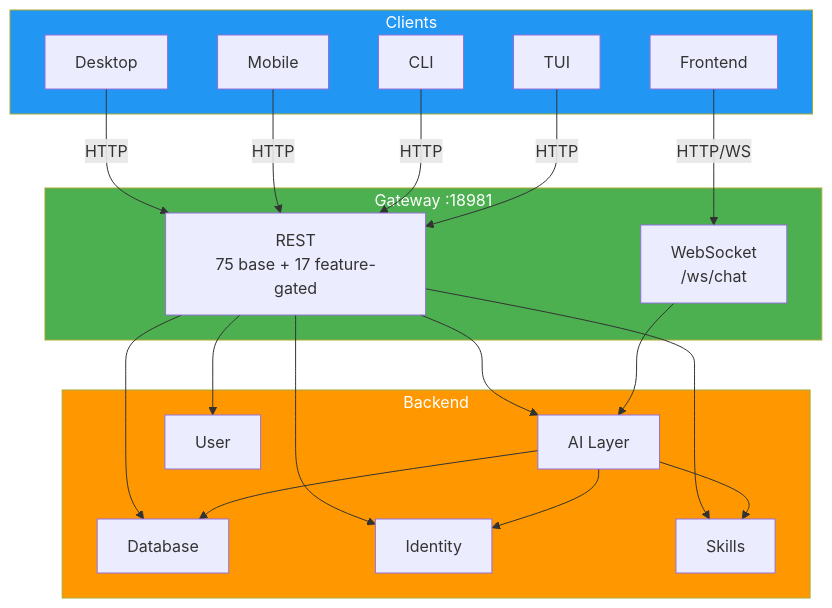
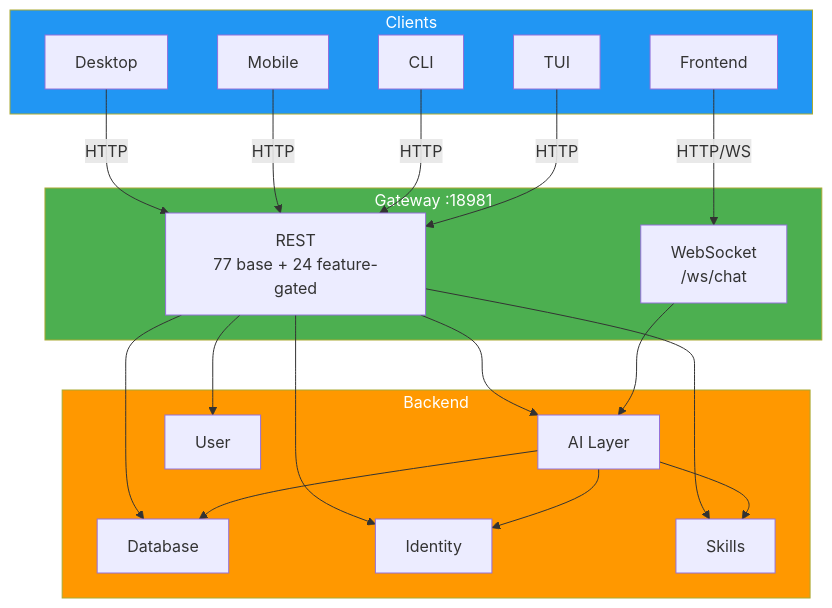
One commit to sprklai/mesoclaw changed the second of 30 diagrams in docs/architecture.md. Above: the diagram before and after it, drawn with Mermaid. The commit also changed other lines of this file and 11 other files, not shown here.

````diff
--- a/docs/architecture.md
+++ b/docs/architecture.md
@@ -103,26 +107,26 @@
 ```mermaid
 graph TB
     subgraph Clients
         D[Desktop] & M[Mobile] & C[CLI] & T[TUI] & F[Frontend]
     end
 
     subgraph GW["Gateway :18981"]
-        REST["REST<br>75 base + 17 feature-gated"]
+        REST["REST<br>77 base + 24 feature-gated"]
         WS["WebSocket<br>/ws/chat"]
     end
 
     subgraph Backend
         AIL[AI Layer] & DBL[Database]
         IDL[Identity] & SKL[Skills] & USL[User]
     end
 
     D & M & C & T -->|HTTP| REST
     F -->|HTTP/WS| WS
     REST & WS --> AIL
     REST --> DBL & IDL & SKL & USL
     AIL --> DBL & IDL & SKL
 
     style Clients fill:#2196F3,color:#fff
     style GW fill:#4CAF50,color:#fff
     style Backend fill:#FF9800,color:#fff
 ```
````
